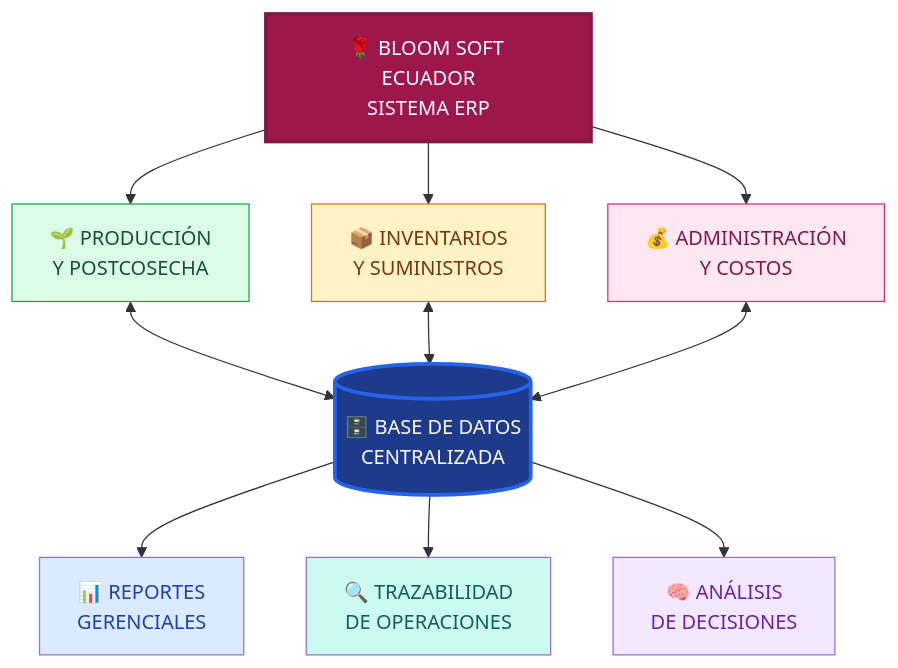
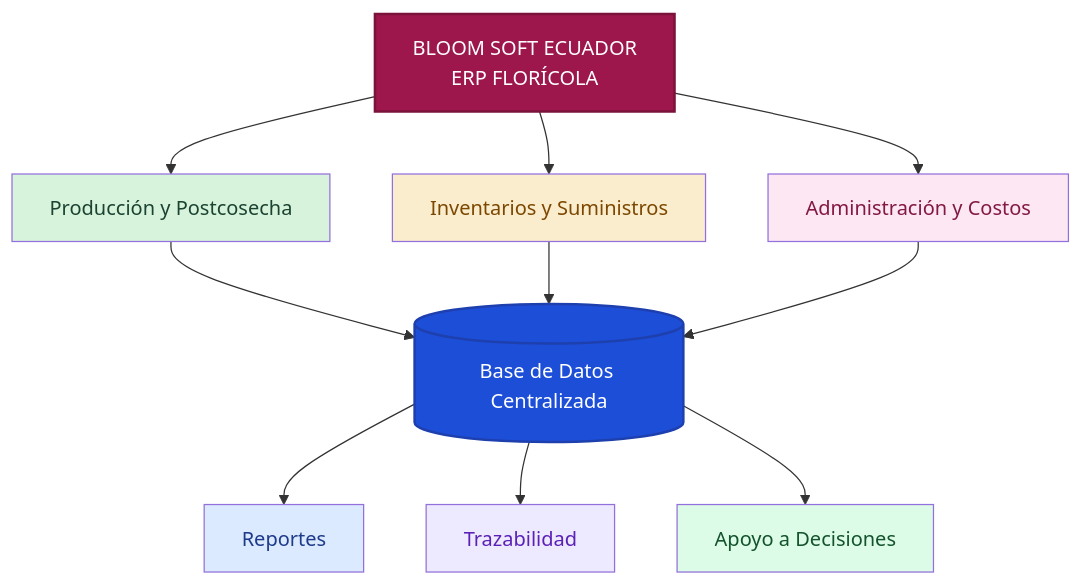
The diagram in README.md (martin17-railgun/erp-academico), drawn with Mermaid before and after one commit. The commit also changed other lines of this file, not shown here.

````diff
--- a/README.md
+++ b/README.md
@@ -195,25 +113,25 @@
 ```mermaid
 flowchart TB
-    A["🌹 BLOOM SOFT ECUADOR<br/>SISTEMA ERP"]
+    A["BLOOM SOFT ECUADOR<br/>ERP FLORÍCOLA"]
 
-    A --> B["🌱 PRODUCCIÓN<br/>Y POSTCOSECHA"]
-    A --> C["📦 INVENTARIOS<br/>Y SUMINISTROS"]
-    A --> D["💰 ADMINISTRACIÓN<br/>Y COSTOS"]
+    A --> B["Producción y Postcosecha"]
+    A --> C["Inventarios y Suministros"]
+    A --> D["Administración y Costos"]
 
-    B <--> E[("🗄️ BASE DE DATOS<br/>CENTRALIZADA")]
-    C <--> E
-    D <--> E
+    B --> E[("Base de Datos Centralizada")]
+    C --> E
+    D --> E
 
-    E --> F["📊 REPORTES<br/>GERENCIALES"]
-    E --> G["🔍 TRAZABILIDAD<br/>DE OPERACIONES"]
-    E --> H["🧠 ANÁLISIS<br/>DE DECISIONES"]
+    E --> F["Reportes"]
+    E --> G["Trazabilidad"]
+    E --> H["Apoyo a Decisiones"]
 
-    style A fill:#9D174D,color:#FFFFFF,stroke:#831843,stroke-width:3px
-    style B fill:#DCFCE7,color:#14532D,stroke:#16A34A
-    style C fill:#FEF3C7,color:#78350F,stroke:#D97706
-    style D fill:#FCE7F3,color:#831843,stroke:#DB2777
-    style E fill:#1E3A8A,color:#FFFFFF,stroke:#2563EB,stroke-width:3px
-    style F fill:#DBEAFE,color:#1E40AF
-    style G fill:#CCFBF1,color:#115E59
-    style H fill:#F3E8FF,color:#6B21A8
+    style A fill:#9D174D,color:#fff,stroke:#7A123A,stroke-width:2px
+    style B fill:#D8F3DC,color:#1B4332
+    style C fill:#FAEDCD,color:#7C4700
+    style D fill:#FCE7F3,color:#831843
+    style E fill:#1D4ED8,color:#fff,stroke:#1E40AF,stroke-width:2px
+    style F fill:#DBEAFE,color:#1E3A8A
+    style G fill:#EDE9FE,color:#5B21B6
+    style H fill:#DCFCE7,color:#14532D
 ```
````
